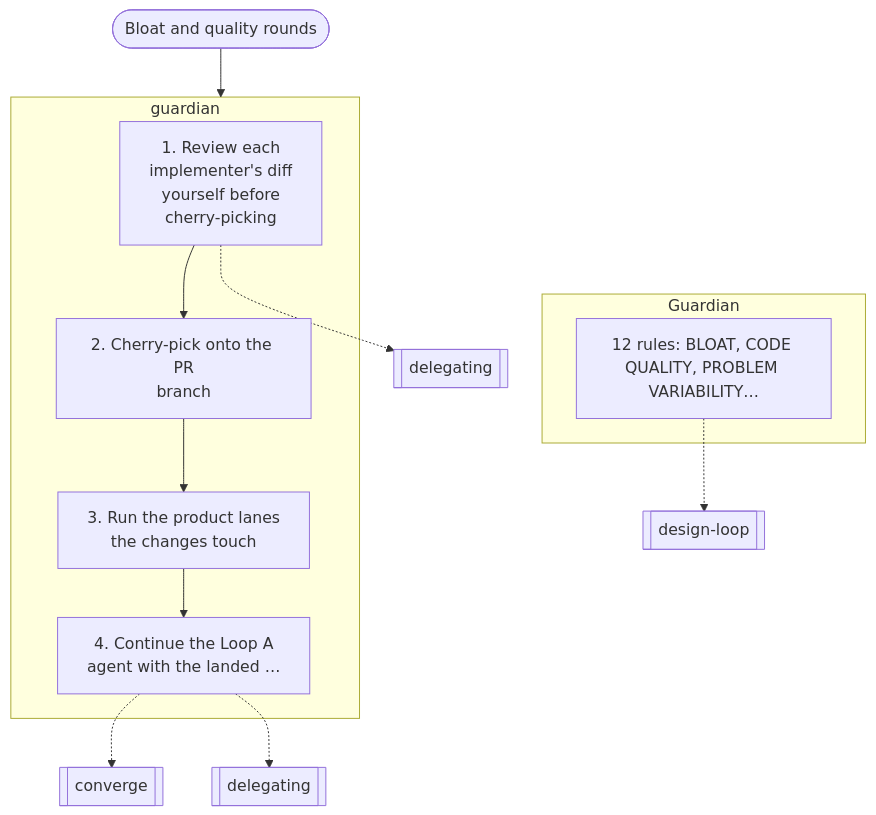
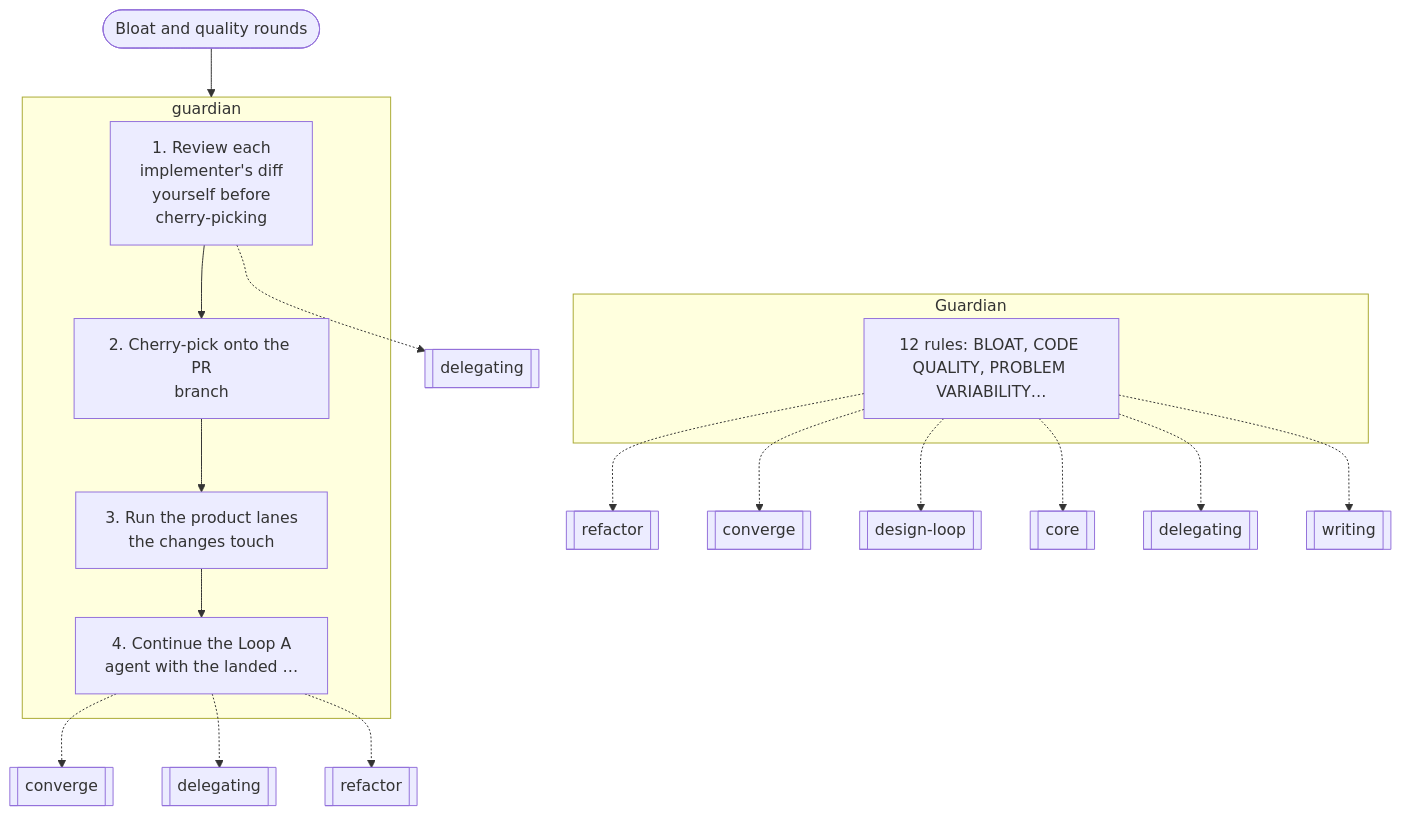
Before and after one commit to nitedani/mergeworthy: diagram 12 of 17 in docs/graphs.md, drawn with Mermaid. The commit also changed other lines of this file and 19 other files, not shown here.

````diff
--- a/docs/graphs.md
+++ b/docs/graphs.md
@@ -354,22 +358,28 @@
 ```mermaid
 flowchart TB
   start(["Bloat and quality rounds"])
   subgraph g0["guardian"]
     s0["1. Review each<br/>implementer's diff<br/>yourself before<br/>cherry-picking"]
     s1["2. Cherry-pick onto the PR<br/>branch"]
     s0 --> s1
     s2["3. Run the product lanes<br/>the changes touch"]
     s1 --> s2
     s3["4. Continue the Loop A<br/>agent with the landed …"]
     s2 --> s3
   end
   s0 -.-> r1[["delegating"]]
   s3 -.-> r2[["converge"]]
   s3 -.-> r3[["delegating"]]
+  s3 -.-> r4[["refactor"]]
   subgraph g1["Guardian"]
     s4["12 rules: BLOAT, CODE QUALITY, PROBLEM VARIABILITY…"]
   end
-  s4 -.-> r4[["design-loop"]]
+  s4 -.-> r5[["refactor"]]
+  s4 -.-> r6[["converge"]]
+  s4 -.-> r7[["design-loop"]]
+  s4 -.-> r8[["core"]]
+  s4 -.-> r9[["delegating"]]
+  s4 -.-> r10[["writing"]]
   start --> g0
   g0 ~~~ g1
 ```
````
